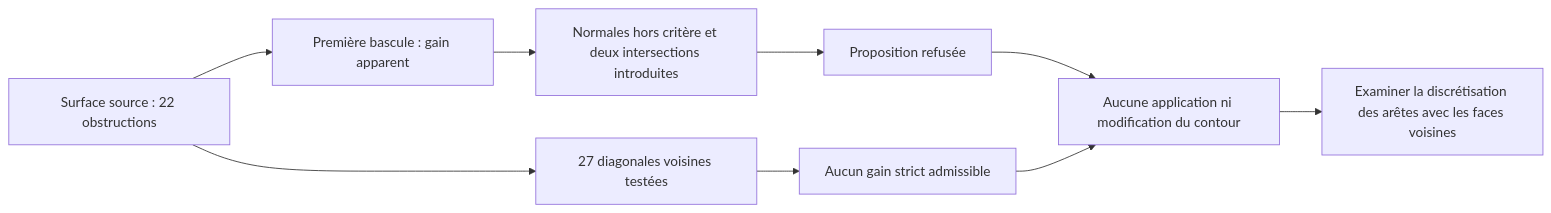
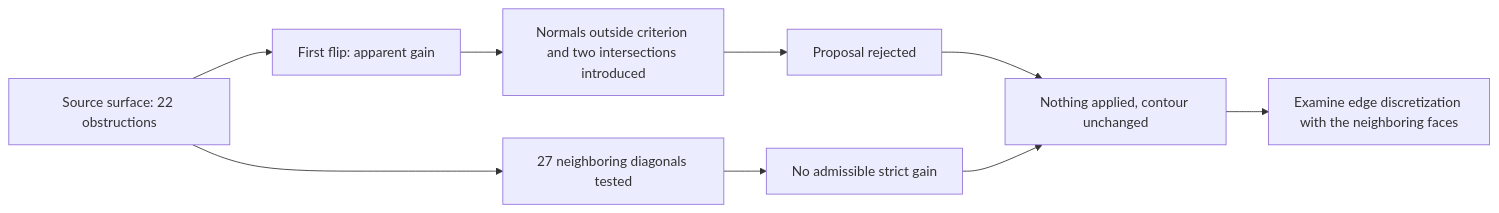
The diagram in docs/reports/M64_SURFACE_DIAGONAL_AUDIT_20260909.md (cluster2600/porscheparts), drawn with Mermaid before and after one commit. The commit also changed other lines of this file and 228 other files, not shown here.

````diff
--- a/docs/reports/M64_SURFACE_DIAGONAL_AUDIT_20260909.md
+++ b/docs/reports/M64_SURFACE_DIAGONAL_AUDIT_20260909.md
@@ -108,11 +74,11 @@
 ```mermaid
 flowchart LR
-    A["Surface source : 22 obstructions"] --> B["Première bascule : gain apparent"]
-    B --> C["Normales hors critère et deux intersections introduites"]
-    C --> D["Proposition refusée"]
-    A --> E["27 diagonales voisines testées"]
-    E --> F["Aucun gain strict admissible"]
-    D --> G["Aucune application ni modification du contour"]
+    A["Source surface: 22 obstructions"] --> B["First flip: apparent gain"]
+    B --> C["Normals outside criterion and two intersections introduced"]
+    C --> D["Proposal rejected"]
+    A --> E["27 neighboring diagonals tested"]
+    E --> F["No admissible strict gain"]
+    D --> G["Nothing applied, contour unchanged"]
     F --> G
-    G --> H["Examiner la discrétisation des arêtes avec les faces voisines"]
+    G --> H["Examine edge discretization with the neighboring faces"]
 ```
````
